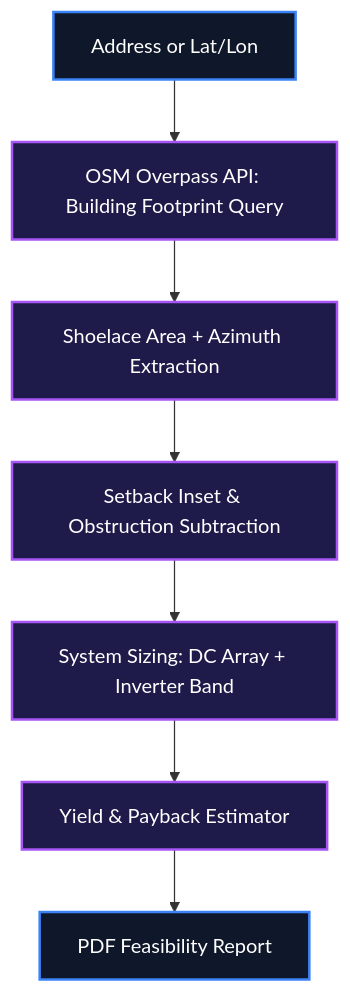
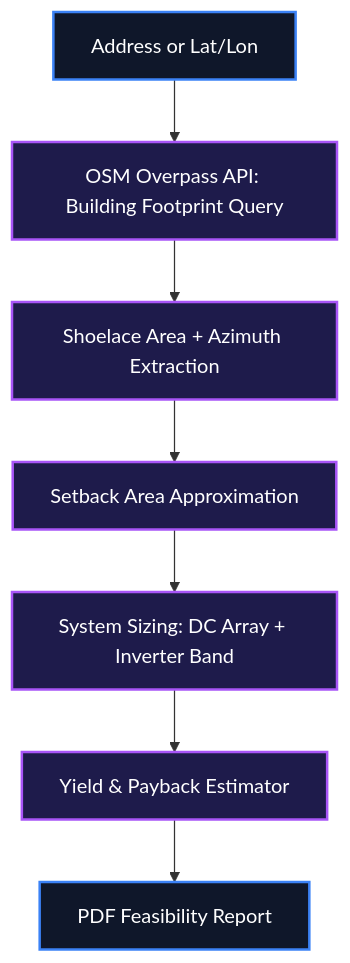
Before and after one commit to IamOumarIbrahim/SolarScan: the diagram in README.md, drawn with Mermaid. The commit also changed other lines of this file and 13 other files, not shown here.

````diff
--- a/README.md
+++ b/README.md
@@ -96,13 +93,13 @@
 ```mermaid
 graph TD
     Input["Address or Lat/Lon"] --> Stage1["OSM Overpass API: Building Footprint Query"]
     Stage1 --> Stage2["Shoelace Area + Azimuth Extraction"]
-    Stage2 --> Stage3["Setback Inset & Obstruction Subtraction"]
+    Stage2 --> Stage3["Setback Area Approximation"]
     Stage3 --> Stage4["System Sizing: DC Array + Inverter Band"]
     Stage4 --> Stage5["Yield & Payback Estimator"]
     Stage5 --> Output["PDF Feasibility Report"]
 
     classDef default fill:#0f172a,stroke:#3b82f6,stroke-width:2px,color:#fff;
     classDef process fill:#1e1b4b,stroke:#a855f7,stroke-width:2px,color:#fff;
     class Stage1,Stage2,Stage3,Stage4,Stage5 process;
 ```
````
